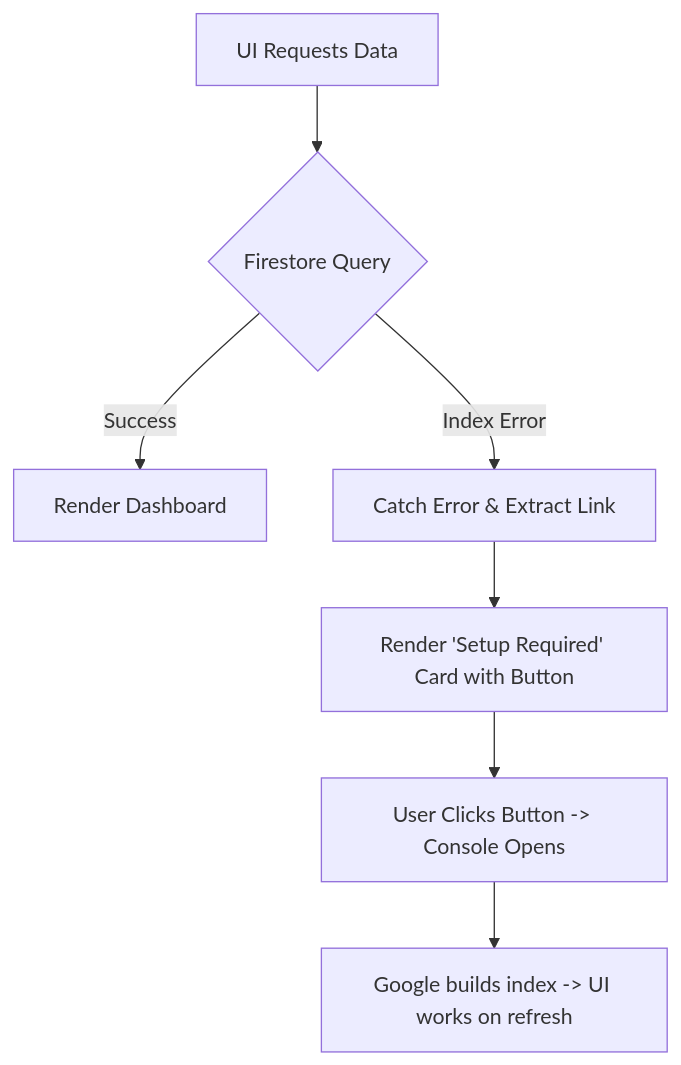
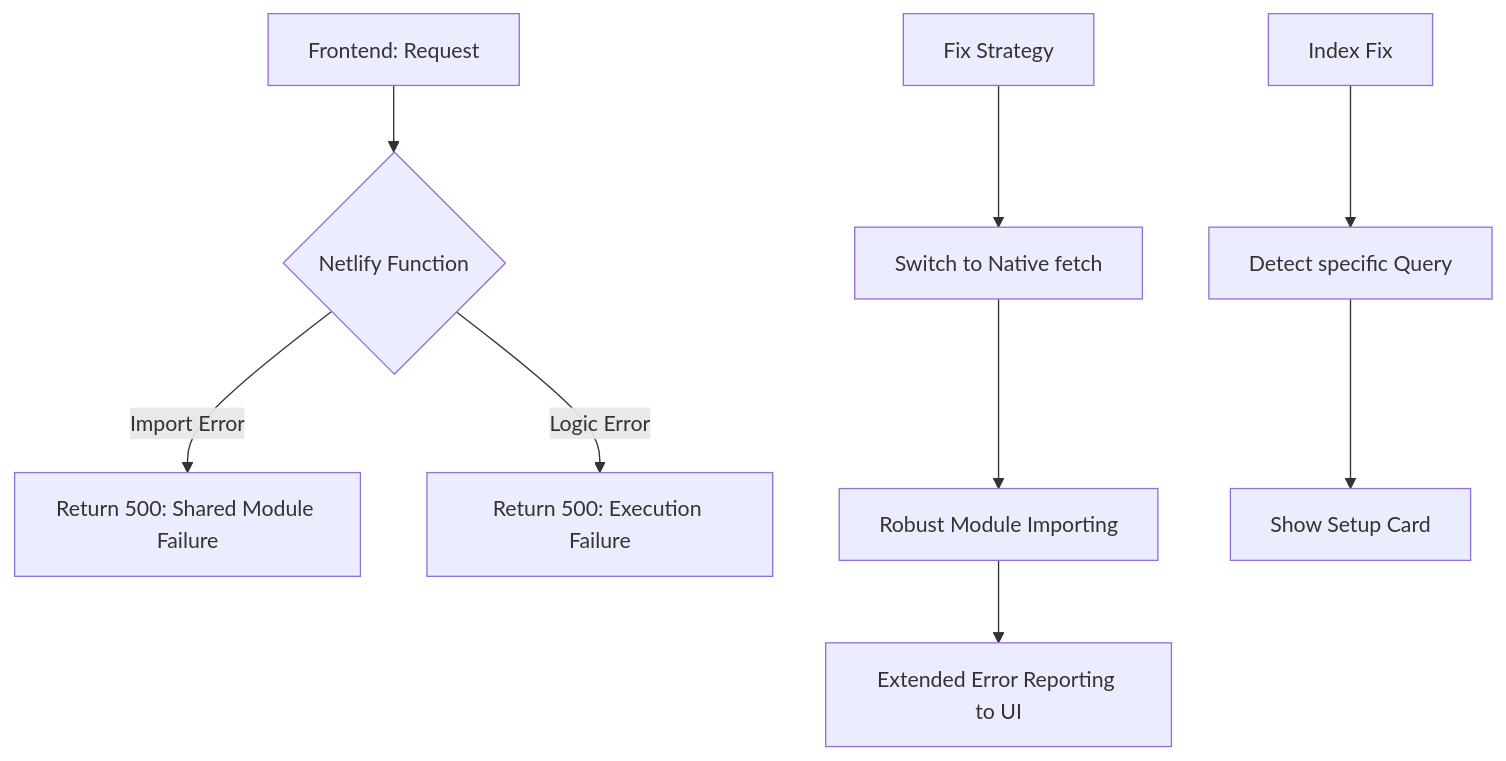
Before and after one commit to Suriya663/codez48-web-automation: the diagram in .artifacts/074f8ead-9721-4f77-87d0-951ebe4b1d7d/implementation_plan.artifact.md, drawn with Mermaid. The commit also changed other lines of this file and 10 other files, not shown here.

Commit message:
Update Netlify function, mail notification, and site intelligence engine

````diff
--- a/.artifacts/074f8ead-9721-4f77-87d0-951ebe4b1d7d/implementation_plan.artifact.md
+++ b/.artifacts/074f8ead-9721-4f77-87d0-951ebe4b1d7d/implementation_plan.artifact.md
@@ -7,9 +7,13 @@
 ```mermaid
 flowchart TD
-    A[UI Requests Data] --> B{Firestore Query}
-    B -->|Success| C[Render Dashboard]
-    B -->|Index Error| D[Catch Error & Extract Link]
-    D --> E[Render 'Setup Required' Card with Button]
-    E --> F[User Clicks Button -> Console Opens]
-    F --> G[Google builds index -> UI works on refresh]
+    A[Frontend: Request] --> B{Netlify Function}
+    B -->|Import Error| C[Return 500: Shared Module Failure]
+    B -->|Logic Error| D[Return 500: Execution Failure]
+
+    E[Fix Strategy] --> F[Switch to Native fetch]
+    F --> G[Robust Module Importing]
+    G --> H[Extended Error Reporting to UI]
+
+    I[Index Fix] --> J[Detect specific Query]
+    J --> K[Show Setup Card]
 ```
````
